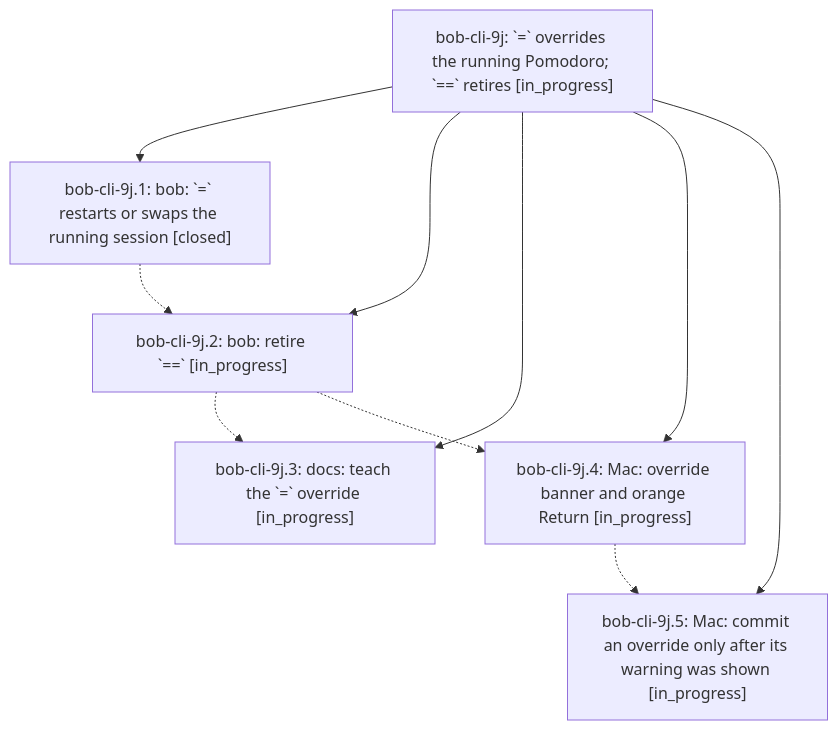
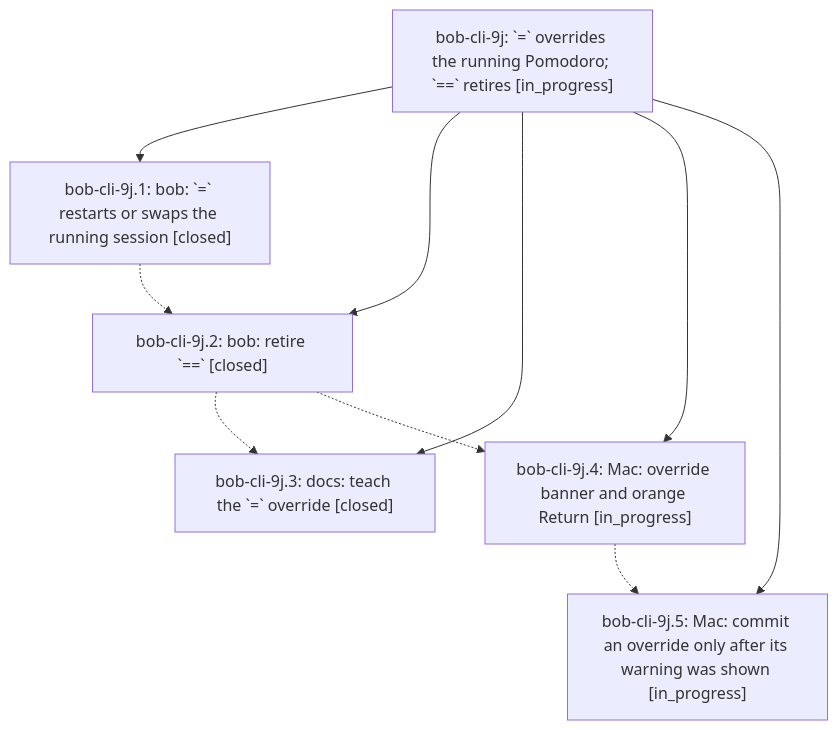
One commit to bobs-org/bob-cli--beads changed the diagram in pages/bob-cli-9j/README.md. Above: the diagram before and after it, drawn with Mermaid. The commit also changed other lines of this file and 4 other files, not shown here.

First line of the commit message:
chore(beads): sync bead state and pages for bob-cli-9j

````diff
--- a/pages/bob-cli-9j/README.md
+++ b/pages/bob-cli-9j/README.md
@@ -38,18 +38,18 @@
 ```mermaid
 flowchart TD
     n0["bob-cli-9j: `=` overrides the running Pomodoro; `==` retires [in_progress]"]
     n1["bob-cli-9j.1: bob: `=` restarts or swaps the running session [closed]"]
-    n2["bob-cli-9j.2: bob: retire `==` [in_progress]"]
-    n3["bob-cli-9j.3: docs: teach the `=` override [in_progress]"]
+    n2["bob-cli-9j.2: bob: retire `==` [closed]"]
+    n3["bob-cli-9j.3: docs: teach the `=` override [closed]"]
     n4["bob-cli-9j.4: Mac: override banner and orange Return [in_progress]"]
     n5["bob-cli-9j.5: Mac: commit an override only after its warning was shown [in_progress]"]
     n0 --> n1
     n0 --> n2
     n0 --> n3
     n0 --> n4
     n0 --> n5
     n1 -.-> n2
     n2 -.-> n3
     n2 -.-> n4
     n4 -.-> n5
 ```
````
